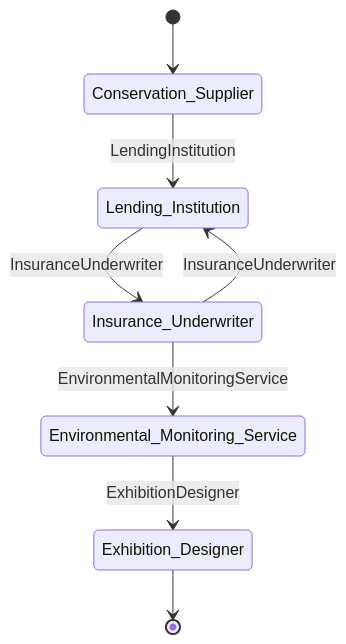
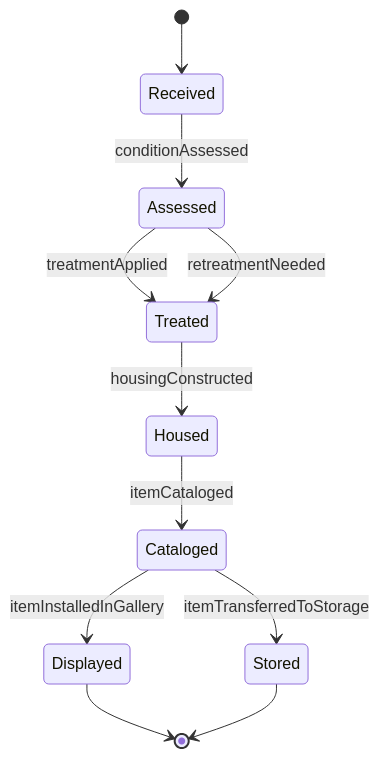
Before and after one commit to dot-org-ai/tasks.org.ai: the second of 4 diagrams in HandlingAndMovingObjects/ArrangeDisplaysOrDecorations/PrepareMaterialsPreservationStorageDisplay.mdx, drawn with Mermaid. The commit also changed other lines of this file and 515 other files, not shown here.

````diff
--- a/HandlingAndMovingObjects/ArrangeDisplaysOrDecorations/PrepareMaterialsPreservationStorageDisplay.mdx
+++ b/HandlingAndMovingObjects/ArrangeDisplaysOrDecorations/PrepareMaterialsPreservationStorageDisplay.mdx
@@ -98,10 +97,13 @@
 ```mermaid
 stateDiagram-v2
-    [*] --> Conservation_Supplier
-    Conservation_Supplier --> Lending_Institution: LendingInstitution
-    Lending_Institution --> Insurance_Underwriter: InsuranceUnderwriter
-    Insurance_Underwriter --> Environmental_Monitoring_Service: EnvironmentalMonitoringService
-    Environmental_Monitoring_Service --> Exhibition_Designer: ExhibitionDesigner
-    Insurance_Underwriter --> Lending_Institution: InsuranceUnderwriter
-    Exhibition_Designer --> [*]
+    [*] --> Received
+    Received --> Assessed : conditionAssessed
+    Assessed --> Treated : treatmentApplied
+    Treated --> Housed : housingConstructed
+    Housed --> Cataloged : itemCataloged
+    Cataloged --> Displayed : itemInstalledInGallery
+    Cataloged --> Stored : itemTransferredToStorage
+    Assessed --> Treated : retreatmentNeeded
+    Displayed --> [*]
+    Stored --> [*]
 ```
````
